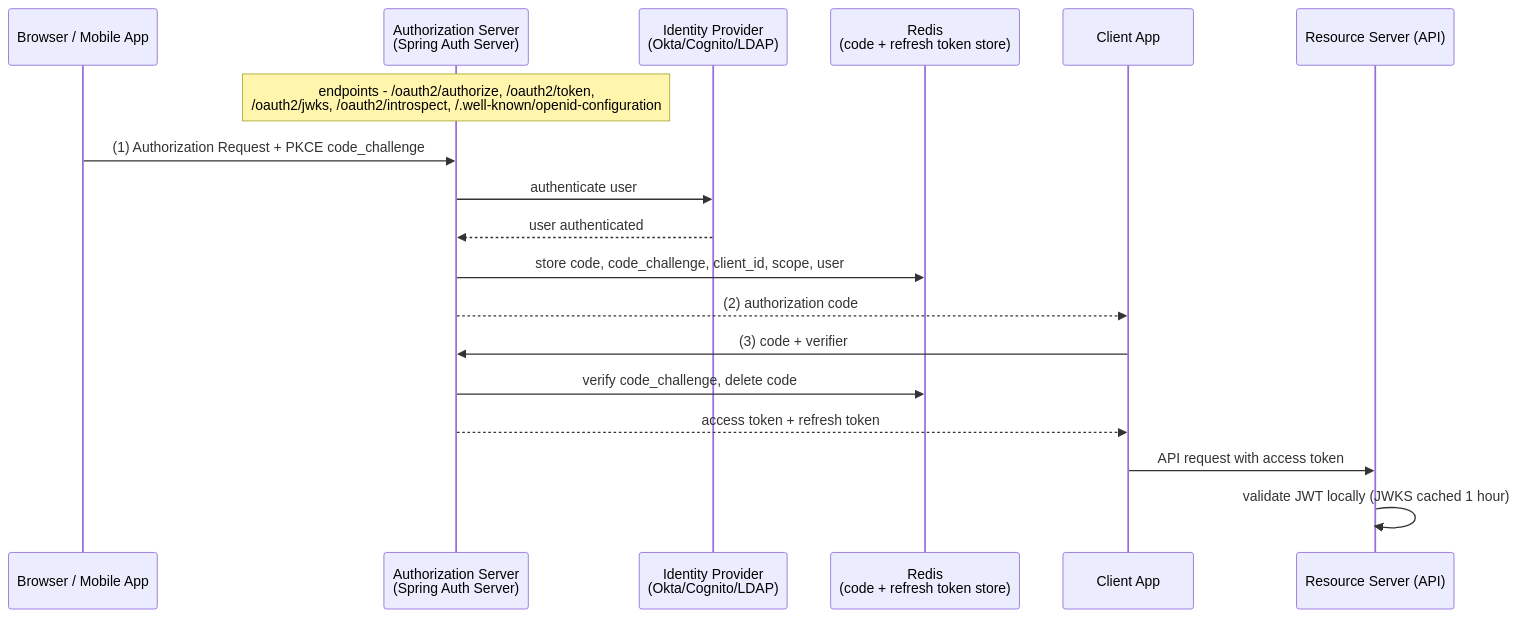
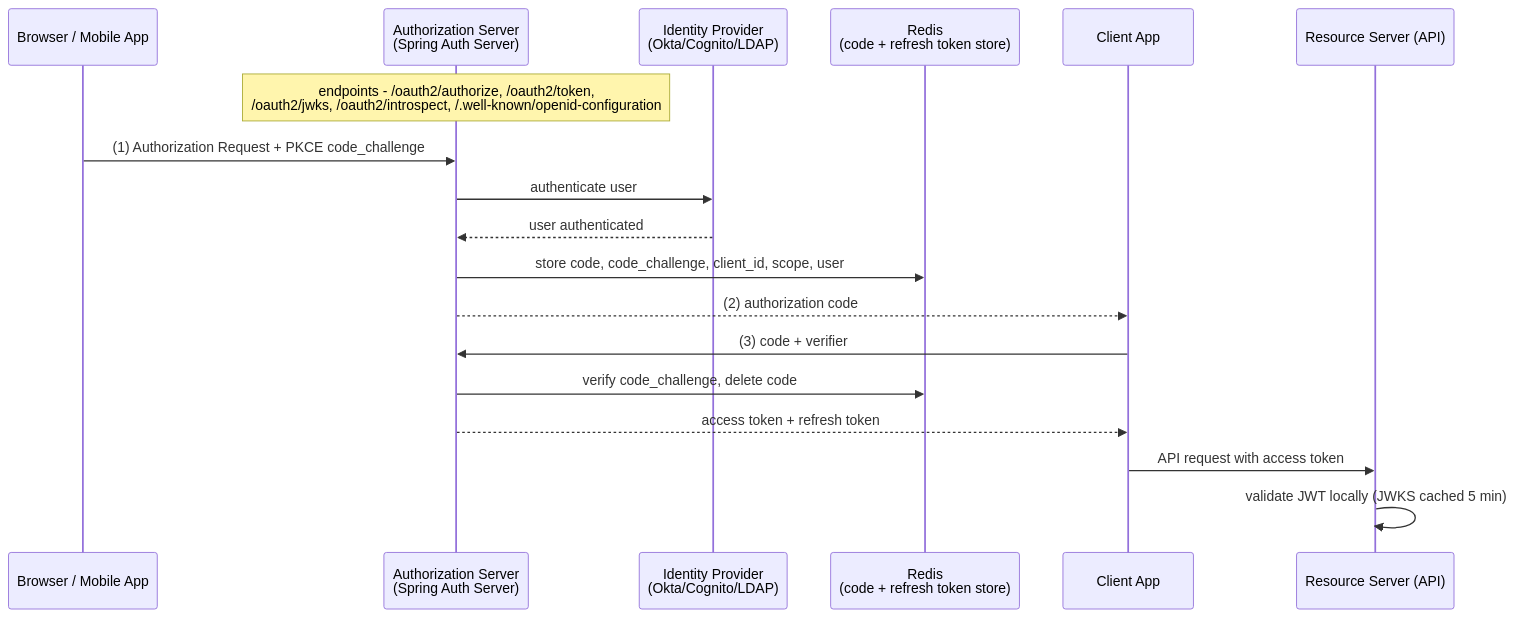
The diagram in src/main/java/com/rutik/systemdesign/spring/case_studies/design_oauth2_authorization_server.md (rppol/system-design), drawn with Mermaid before and after one commit. The commit also changed other lines of this file and 13 other files, not shown here.

````diff
--- a/src/main/java/com/rutik/systemdesign/spring/case_studies/design_oauth2_authorization_server.md
+++ b/src/main/java/com/rutik/systemdesign/spring/case_studies/design_oauth2_authorization_server.md
@@ -71,22 +78,22 @@
 ```mermaid
 sequenceDiagram
     participant Browser as Browser / Mobile App
     participant AuthServer as Authorization Server<br/>(Spring Auth Server)
     participant IdP as Identity Provider<br/>(Okta/Cognito/LDAP)
     participant Redis as Redis<br/>(code + refresh token store)
     participant ClientApp as Client App
     participant ResourceServer as Resource Server (API)
 
     Note over AuthServer: endpoints - /oauth2/authorize, /oauth2/token,<br/>/oauth2/jwks, /oauth2/introspect, /.well-known/openid-configuration
 
     Browser->>AuthServer: (1) Authorization Request + PKCE code_challenge
     AuthServer->>IdP: authenticate user
     IdP-->>AuthServer: user authenticated
     AuthServer->>Redis: store code, code_challenge, client_id, scope, user
     AuthServer-->>ClientApp: (2) authorization code
     ClientApp->>AuthServer: (3) code + verifier
     AuthServer->>Redis: verify code_challenge, delete code
     AuthServer-->>ClientApp: access token + refresh token
     ClientApp->>ResourceServer: API request with access token
-    ResourceServer->>ResourceServer: validate JWT locally (JWKS cached 1 hour)
+    ResourceServer->>ResourceServer: validate JWT locally (JWKS cached 5 min)
 ```
````
